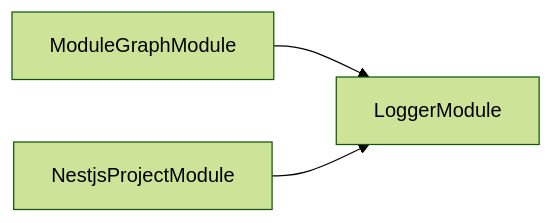
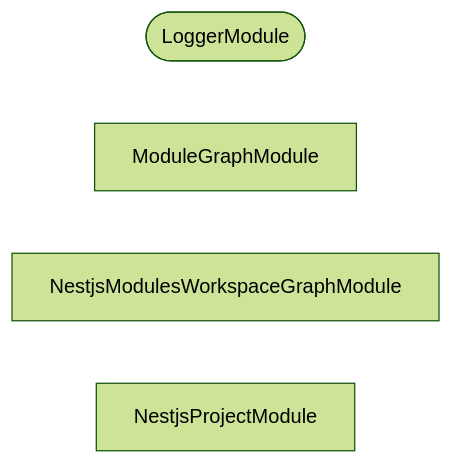
Before and after one commit to JimmyPaolini/codebase: the second of 3 diagrams in packages/codependix-nestjs-modules/README.md, drawn with Mermaid (forest theme). The commit also changed other lines of this file and 35 other files, not shown here.

````diff
--- a/packages/codependix-nestjs-modules/README.md
+++ b/packages/codependix-nestjs-modules/README.md
@@ -33,8 +33,7 @@
 ```mermaid
 flowchart LR
-  LoggerModule
+  LoggerModule([LoggerModule])
   ModuleGraphModule
+  NestjsModulesWorkspaceGraphModule
   NestjsProjectModule
-  ModuleGraphModule --> LoggerModule
-  NestjsProjectModule --> LoggerModule
 ```
````
